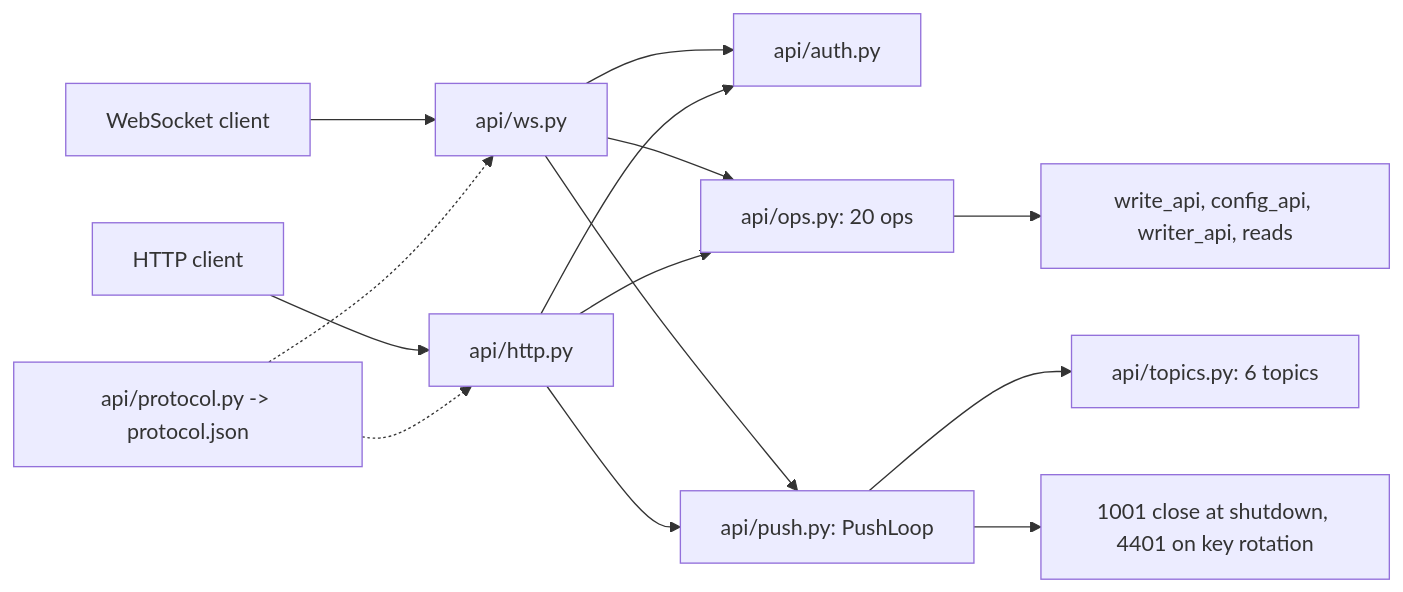
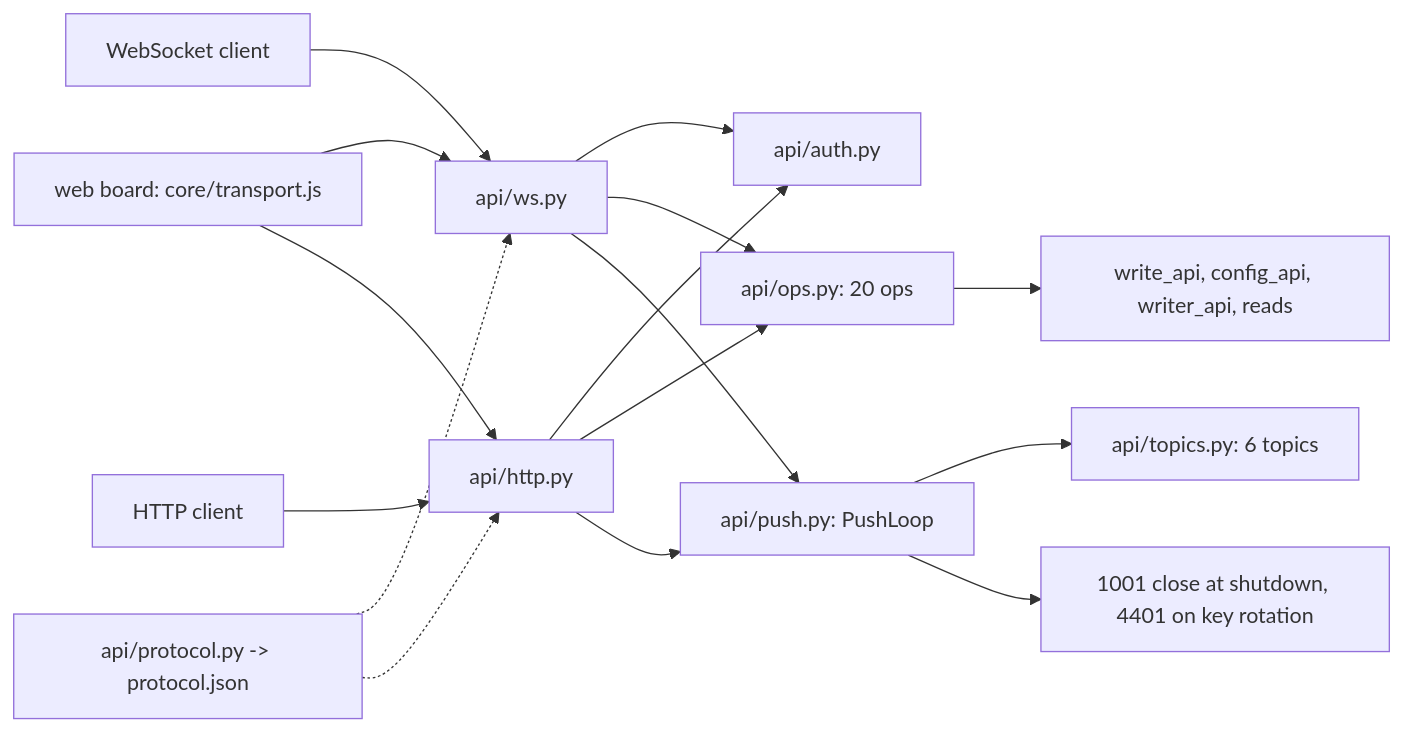
The diagram in projects/chantier/changes/4-batch/2-actives/406-server-api/work/pr-body.md (gsemet/gsemet-foss-planning-surface), drawn with Mermaid before and after one commit. The commit also changed other lines of this file and 25 other files, not shown here.

````diff
--- a/projects/chantier/changes/4-batch/2-actives/406-server-api/work/pr-body.md
+++ b/projects/chantier/changes/4-batch/2-actives/406-server-api/work/pr-body.md
@@ -9,16 +9,18 @@
 ```mermaid
 flowchart LR
   C1[WebSocket client] --> WS[api/ws.py]
   C2[HTTP client] --> H[api/http.py]
   WS --> A[api/auth.py]
   H --> A
   WS --> OPS[api/ops.py: 20 ops]
   H --> OPS
   OPS --> W[write_api, config_api, writer_api, reads]
   WS --> P[api/push.py: PushLoop]
   H --> P
   P --> T[api/topics.py: 6 topics]
+  UI[web board: core/transport.js] --> WS
+  UI --> H
   P --> Z[1001 close at shutdown, 4401 on key rotation]
   PR[api/protocol.py -> protocol.json] -.-> WS
   PR -.-> H
 ```
````
